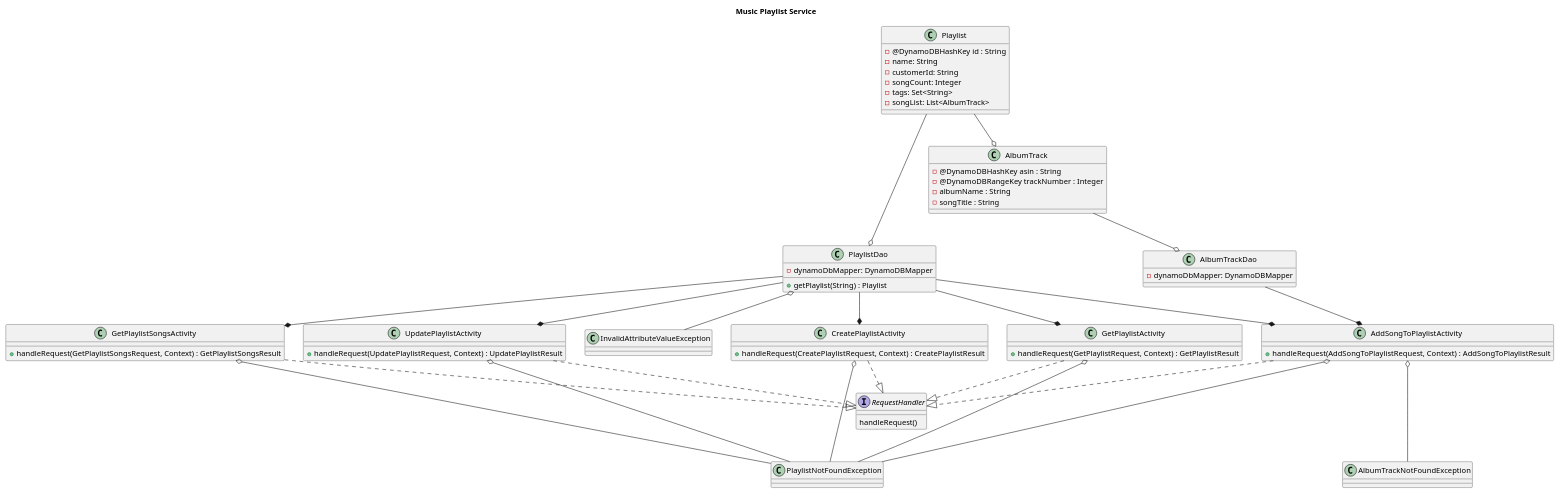
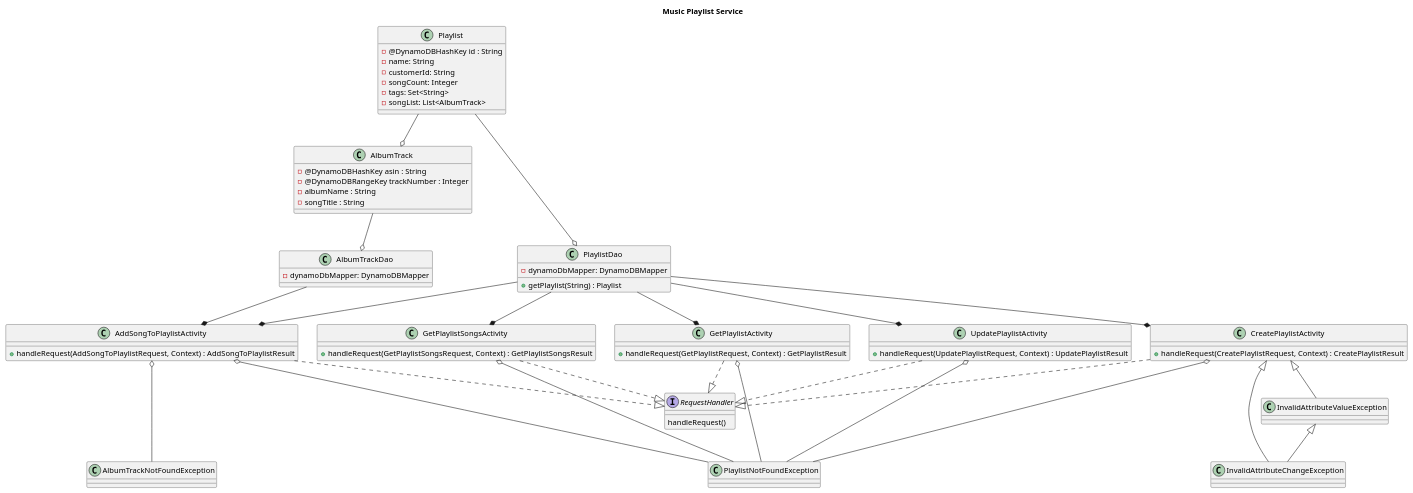
One commit to shannonsullivan/music-playlist-service changed the diagram in src/resources/mastery-task1-music-playlist-CD.puml. Above: the diagram before and after it, drawn with PlantUML. The commit also changed 2 other files, not shown here.

Commit message:
Mastery Task 2: Milestone 1: Design exception hierarchy

```diff
--- a/src/resources/mastery-task1-music-playlist-CD.puml
+++ b/src/resources/mastery-task1-music-playlist-CD.puml
@@ -1,81 +1,93 @@
 @startuml
 title Music Playlist Service
 
 Playlist --o AlbumTrack
 Playlist --o PlaylistDao
 AlbumTrack --o AlbumTrackDao
 
 class AlbumTrack {
   -@DynamoDBHashKey asin : String
   -@DynamoDBRangeKey trackNumber : Integer
   -albumName : String
   -songTitle : String
 }
 class Playlist {
   -@DynamoDBHashKey id : String
   -name: String
   -customerId: String
   -songCount: Integer
   -tags: Set<String>
   -songList: List<AlbumTrack>
 }
 class AlbumTrackDao {
   -dynamoDbMapper: DynamoDBMapper
 }
 class PlaylistDao {
   -dynamoDbMapper: DynamoDBMapper
   +getPlaylist(String) : Playlist
 }
 
 PlaylistDao --* AddSongToPlaylistActivity
 PlaylistDao --* CreatePlaylistActivity
 PlaylistDao --* GetPlaylistActivity
 PlaylistDao --* GetPlaylistSongsActivity
 PlaylistDao --* UpdatePlaylistActivity
 
 AlbumTrackDao --* AddSongToPlaylistActivity
 
 GetPlaylistActivity ..|> RequestHandler
 AddSongToPlaylistActivity ..|> RequestHandler
 CreatePlaylistActivity ..|> RequestHandler
 
 GetPlaylistSongsActivity ..|> RequestHandler
 UpdatePlaylistActivity ..|> RequestHandler
 
 class AddSongToPlaylistActivity {
     +handleRequest(AddSongToPlaylistRequest, Context) : AddSongToPlaylistResult
 }
 class CreatePlaylistActivity {
     +handleRequest(CreatePlaylistRequest, Context) : CreatePlaylistResult
 }
 class GetPlaylistActivity {
     +handleRequest(GetPlaylistRequest, Context) : GetPlaylistResult
 }
 class GetPlaylistSongsActivity {
     +handleRequest(GetPlaylistSongsRequest, Context) : GetPlaylistSongsResult
 }
 class UpdatePlaylistActivity {
     +handleRequest(UpdatePlaylistRequest, Context) : UpdatePlaylistResult
 }
 interface RequestHandler {
     handleRequest()
 }
 AddSongToPlaylistActivity o--- AlbumTrackNotFoundException
 AddSongToPlaylistActivity o--- PlaylistNotFoundException
 CreatePlaylistActivity o--- PlaylistNotFoundException
 GetPlaylistActivity o--- PlaylistNotFoundException
 GetPlaylistSongsActivity  o--- PlaylistNotFoundException
 UpdatePlaylistActivity o--- PlaylistNotFoundException
 
-PlaylistDao o-- InvalidAttributeValueException
+'PlaylistDao o-- InvalidAttributeValueException
+'PlaylistDao o-- InvalidAttributeChangeException
+'RuntimeException o-- InvalidAttributeValueException
+'RuntimeException o-- InvalidAttributeChangeException
+'class RuntimeException {
+'}
+
+CreatePlaylistActivity <|-- InvalidAttributeChangeException
+CreatePlaylistActivity <|-- InvalidAttributeValueException
+InvalidAttributeValueException <|-- InvalidAttributeChangeException
 
 class AlbumTrackNotFoundException {
+
+}
+class PlaylistNotFoundException {
 
 }
 class InvalidAttributeValueException {
 
 }
-class PlaylistNotFoundException {
+class InvalidAttributeChangeException {
+}
 
-}
 @enduml
```
